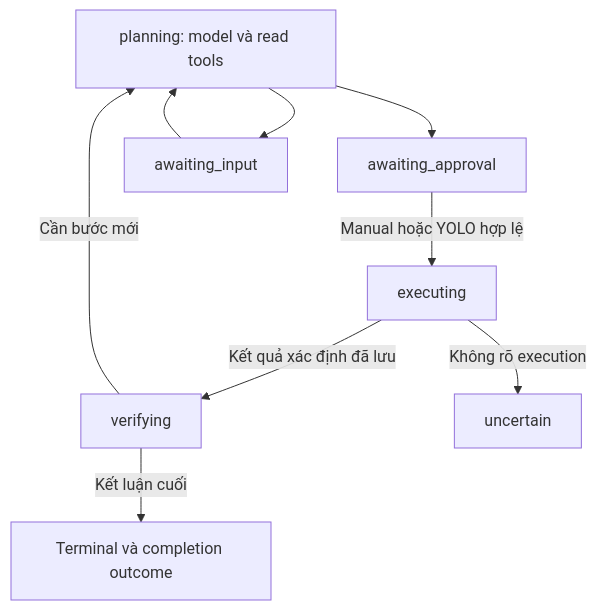
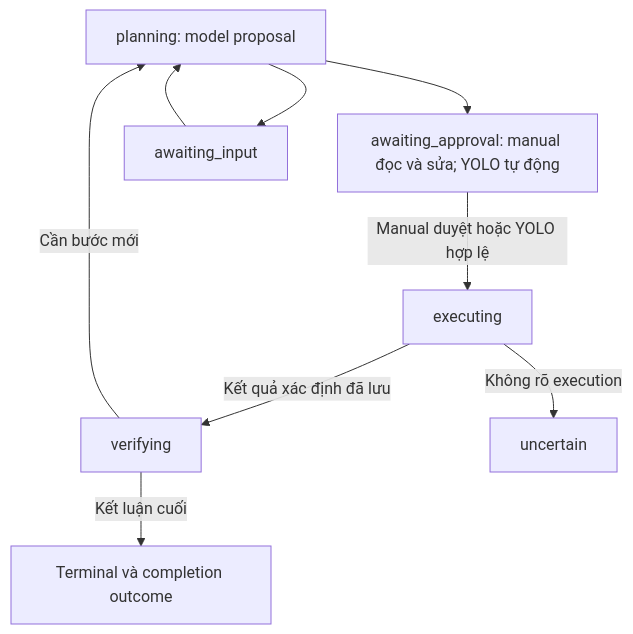
The diagram in docs/ai-agent-loop-implementation-plan.md (ArseneLupin0111/FlexServer), drawn with Mermaid before and after one commit. The commit also changed other lines of this file and 28 other files, not shown here.

Commit message:
Fix AI manual approval and sanitize YOLO provider egress

````diff
--- a/docs/ai-agent-loop-implementation-plan.md
+++ b/docs/ai-agent-loop-implementation-plan.md
@@ -79,11 +79,11 @@
 ```mermaid
 flowchart TD
-    A[planning: model và read tools] --> B[awaiting_approval]
-    B -->|Manual hoặc YOLO hợp lệ| C[executing]
+    A[planning: model proposal] --> B[awaiting_approval: manual đọc và sửa; YOLO tự động]
+    B -->|Manual duyệt hoặc YOLO hợp lệ| C[executing]
     C -->|Kết quả xác định đã lưu| D[verifying]
     D -->|Cần bước mới| A
     D -->|Kết luận cuối| E[Terminal và completion outcome]
     C -->|Không rõ execution| F[uncertain]
     A --> G[awaiting_input]
     G --> A
 ```
````
